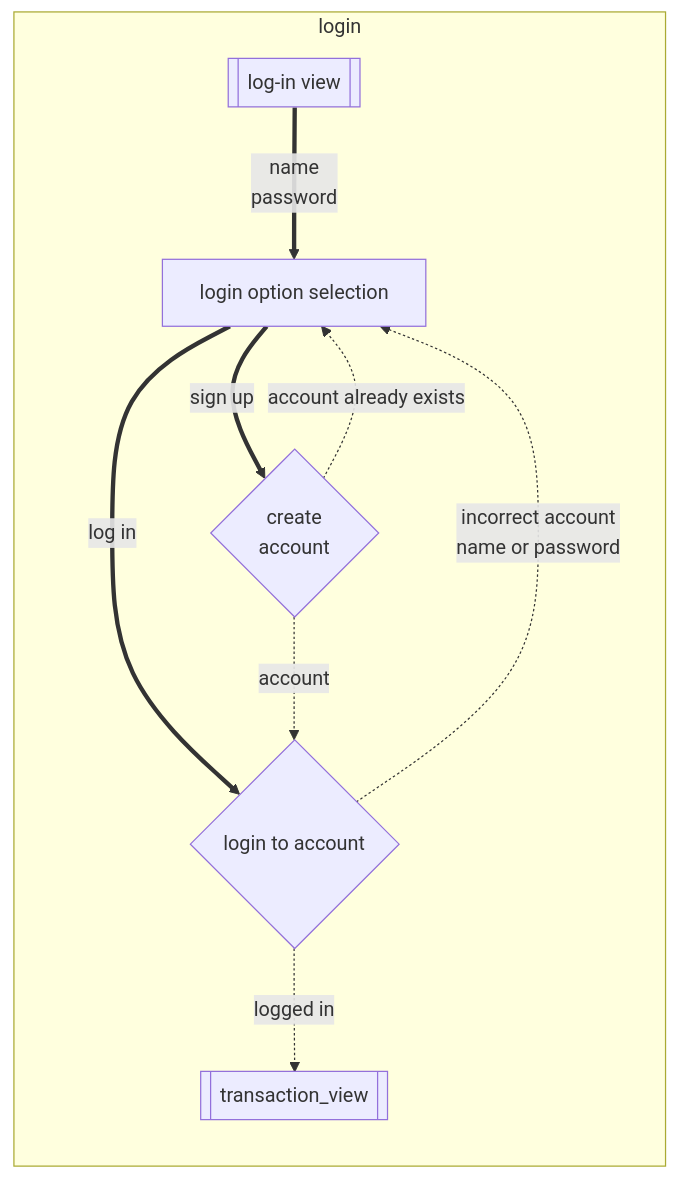
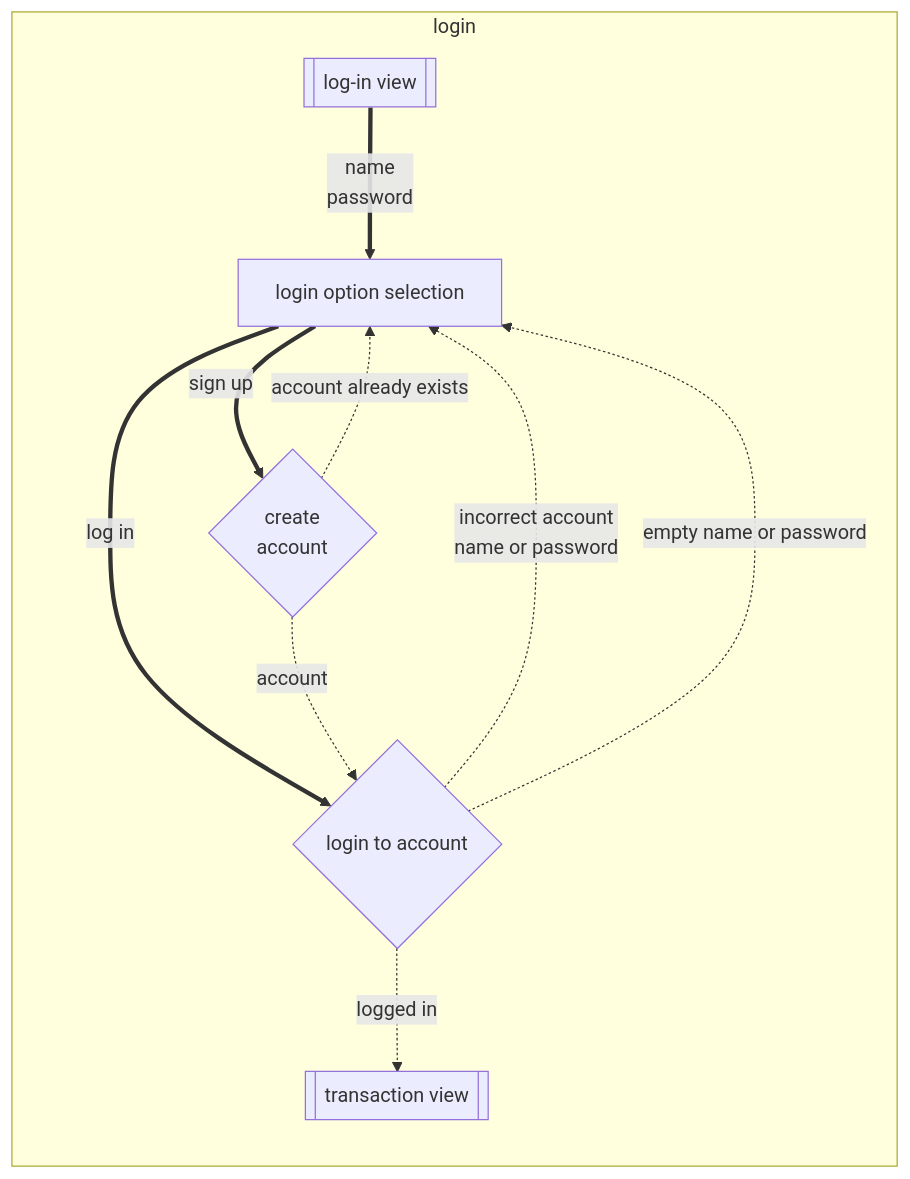
Before and after one commit to NarekVeranyan05/point_of_sale: the first of 3 diagrams in flows.md, drawn with Mermaid. The commit also changed other lines of this file and 53 other files, not shown here.

````diff
--- a/flows.md
+++ b/flows.md
@@ -13,22 +13,23 @@
 ```mermaid
 flowchart LR
     subgraph login 
     login_view[[log-in view]]
     login_option_selection[login option selection]
     create_account{create <br> account}
     login_to_account{login to account}
-    transaction_view[[transaction_view]]
+    transaction_view[[transaction view]]
 
     login_view == name \n password ==> login_option_selection
 
     login_option_selection == sign up ==> create_account
     login_option_selection == log in ==> login_to_account
 
     create_account -. account already exists .-> login_option_selection
     create_account -. account .-> login_to_account
 
     login_to_account -. logged in .-> transaction_view
 
     login_to_account -. incorrect account \n name or password .-> login_option_selection
+      login_to_account -. empty name or password .-> login_option_selection
 end
 ```
````
